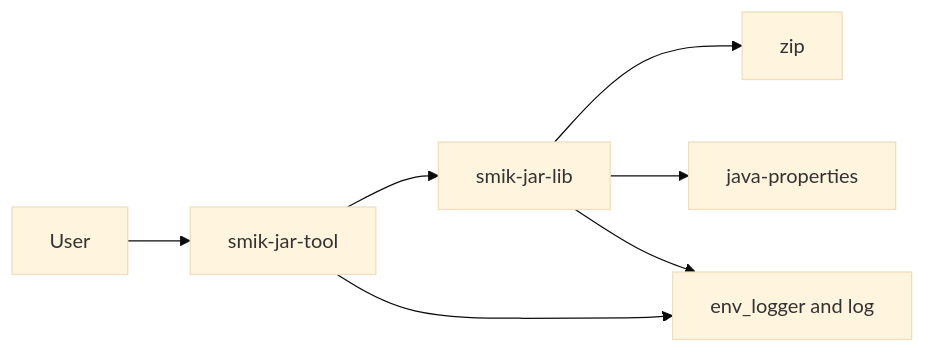
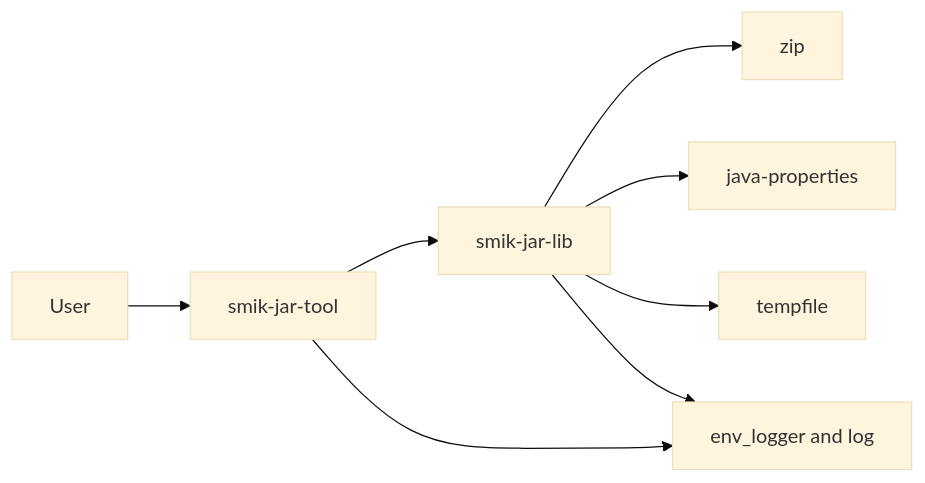
Before and after one commit to PaulmannLighting/smik-jar-tool: the first of 3 diagrams in ARCHITECTURE.md, drawn with Mermaid (base theme). The commit also changed other lines of this file and 11 other files, not shown here.

````diff
--- a/ARCHITECTURE.md
+++ b/ARCHITECTURE.md
@@ -9,9 +9,10 @@
 ```mermaid
 flowchart LR
     User[User] --> Cli[smik-jar-tool]
     Cli --> Library[smik-jar-lib]
     Library --> Zip[zip]
     Library --> Properties[java-properties]
+    Library --> Tempfile[tempfile]
     Cli --> Logging[env_logger and log]
     Library --> Logging
 ```
````
